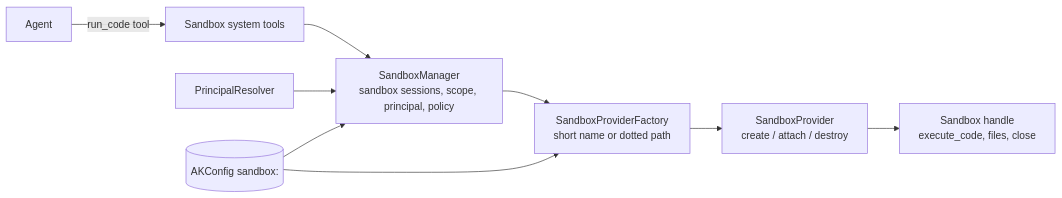
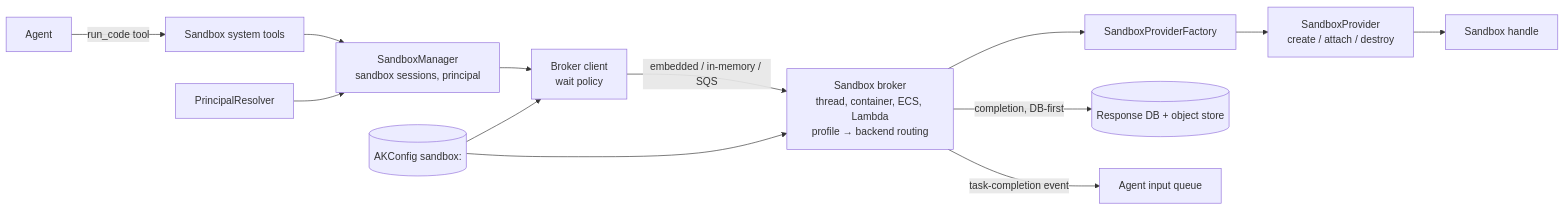
The diagram in docs/specs/ak-133/design.md (yaalalabs/agent-kernel), drawn with Mermaid before and after one commit. The commit also changed other lines of this file, not shown here.

Commit message:
feat: enhance sandbox capability with brokered execution and workload profiling

````diff
--- a/docs/specs/ak-133/design.md
+++ b/docs/specs/ak-133/design.md
@@ -256,11 +343,13 @@
 ```mermaid
 graph LR
     A[Agent] -->|run_code tool| T[Sandbox system tools]
-    T --> M[SandboxManager<br/>sandbox sessions, scope, principal, policy]
-    M --> F[SandboxProviderFactory<br/>short name or dotted path]
-    F --> P[SandboxProvider<br/>create / attach / destroy]
-    P --> S[Sandbox handle<br/>execute_code, files, close]
+    T --> M[SandboxManager<br/>sandbox sessions, principal]
     R[PrincipalResolver] --> M
-    C[(AKConfig sandbox:)] --> F
-    C --> M
+    M --> B[Broker client<br/>wait policy]
+    B -->|embedded / in-memory / SQS| W[Sandbox broker<br/>thread, container, ECS, Lambda<br/>profile → backend routing]
+    W --> F[SandboxProviderFactory] --> P[SandboxProvider<br/>create / attach / destroy] --> S[Sandbox handle]
+    W -->|completion, DB-first| D[(Response DB + object store)]
+    W -->|task-completion event| Q[Agent input queue]
+    C[(AKConfig sandbox:)] --> B
+    C --> W
 ```
````
